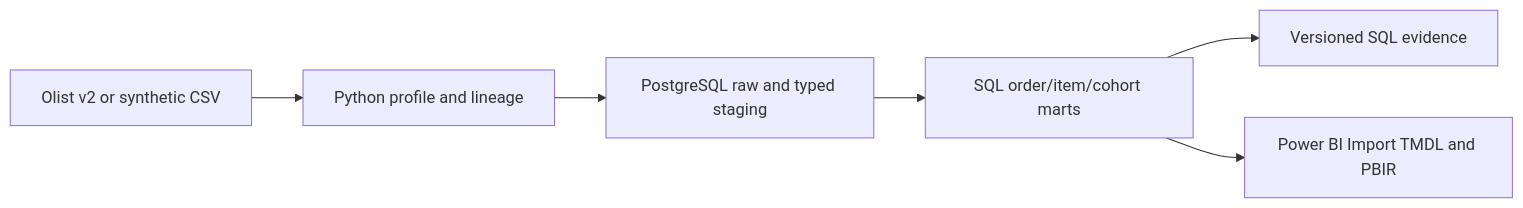
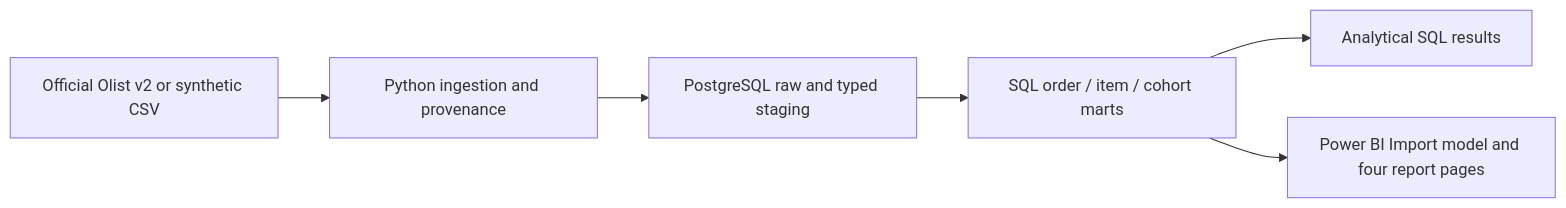
The diagram in README.md (playson92/retaillens), drawn with Mermaid before and after one commit. The commit also changed other lines of this file and 23 other files, not shown here.

````diff
--- a/README.md
+++ b/README.md
@@ -182,8 +69,8 @@
-```mermaid
+~~~mermaid
 flowchart LR
-    A[Olist v2 or synthetic CSV] --> B[Python profile and lineage]
+    A[Official Olist v2 or synthetic CSV] --> B[Python ingestion and provenance]
     B --> C[PostgreSQL raw and typed staging]
-    C --> D[SQL order/item/cohort marts]
-    D --> E[Versioned SQL evidence]
-    D --> F[Power BI Import TMDL and PBIR]
-```
+    C --> D[SQL order / item / cohort marts]
+    D --> E[Analytical SQL results]
+    D --> F[Power BI Import model and four report pages]
+~~~
````
